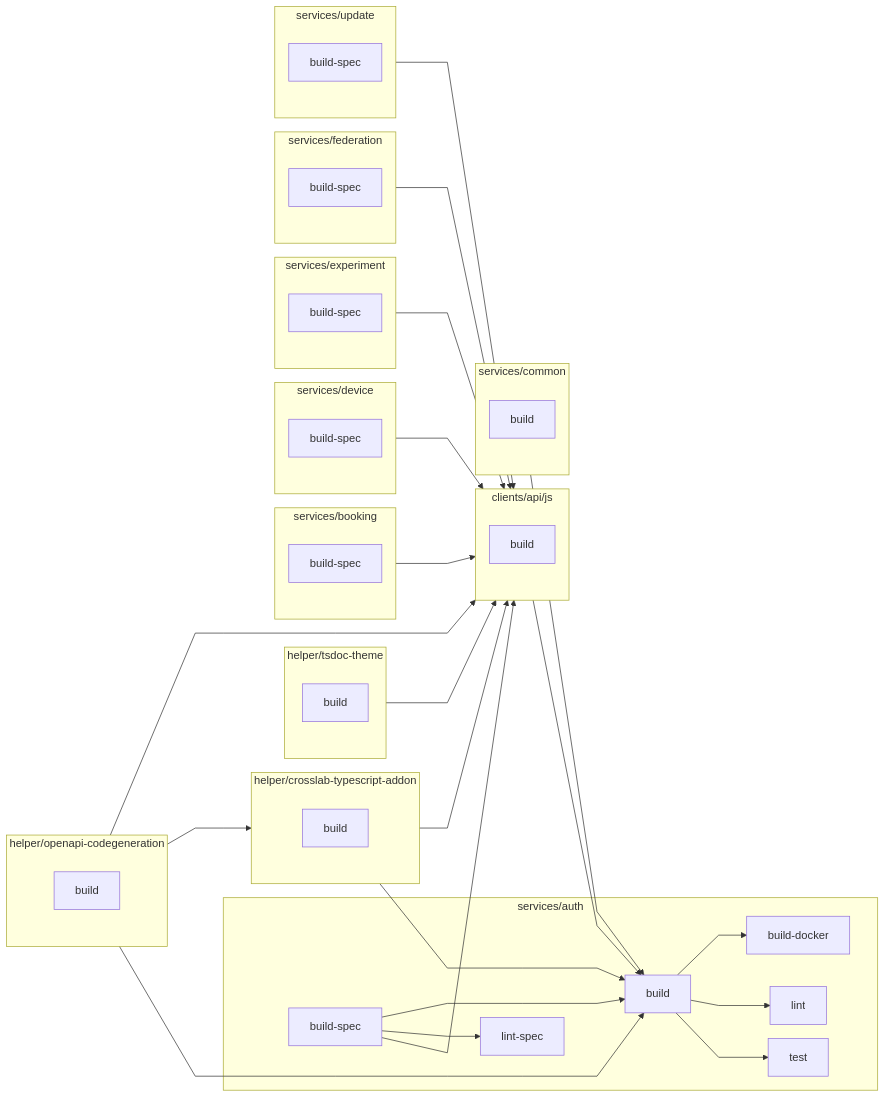
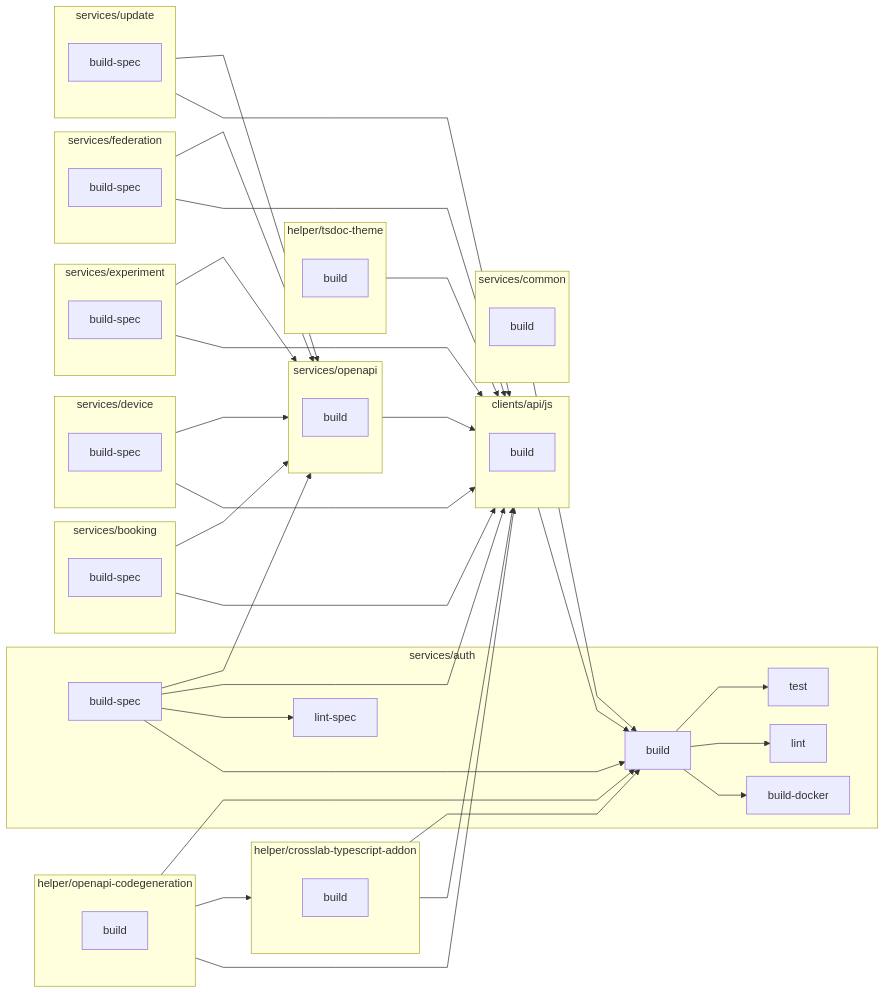
One commit to Cross-Lab-Project/crosslab changed the diagram in services/auth/README.md. Above: the diagram before and after it, drawn with Mermaid. The commit also changed 2 other files, not shown here.

Commit message:
fixing job dependencies

````diff
--- a/services/auth/README.md
+++ b/services/auth/README.md
@@ -12,61 +12,71 @@
 ```mermaid
 graph LR
 %%{init:{'flowchart':{'nodeSpacing': 20, 'rankSpacing': 80, 'curve': 'linear', 'useMaxWidth': false}}}%%
   subgraph clients/api/js
     clients/api/js:build[build]
   end
   subgraph helper/crosslab-typescript-addon
     helper/crosslab-typescript-addon:build[build]
   end
   subgraph helper/openapi-codegeneration
     helper/openapi-codegeneration:build[build]
   end
   subgraph helper/tsdoc-theme
     helper/tsdoc-theme:build[build]
   end
   subgraph services/auth
     services/auth:build[build]
     services/auth:build-docker[build-docker]
     services/auth:build-spec[build-spec]
     services/auth:lint[lint]
     services/auth:lint-spec[lint-spec]
     services/auth:test[test]
   end
   subgraph services/booking
     services/booking:build-spec[build-spec]
   end
   subgraph services/common
     services/common:build[build]
   end
   subgraph services/device
     services/device:build-spec[build-spec]
   end
   subgraph services/experiment
     services/experiment:build-spec[build-spec]
   end
   subgraph services/federation
     services/federation:build-spec[build-spec]
   end
+  subgraph services/openapi
+    services/openapi:build[build]
+  end
   subgraph services/update
     services/update:build-spec[build-spec]
   end
 clients/api/js --> services/auth:build[build]
 helper/crosslab-typescript-addon --> clients/api/js
 helper/crosslab-typescript-addon --> services/auth:build[build]
 helper/openapi-codegeneration --> clients/api/js
 helper/openapi-codegeneration --> helper/crosslab-typescript-addon
 helper/openapi-codegeneration --> services/auth:build[build]
 helper/tsdoc-theme --> clients/api/js
 services/auth:build-spec[build-spec] --> clients/api/js
 services/auth:build-spec[build-spec] --> services/auth:build[build]
 services/auth:build-spec[build-spec] --> services/auth:lint-spec[lint-spec]
+services/auth:build-spec[build-spec] --> services/openapi
 services/auth:build[build] --> services/auth:build-docker[build-docker]
 services/auth:build[build] --> services/auth:lint[lint]
 services/auth:build[build] --> services/auth:test[test]
 services/booking --> clients/api/js
+services/booking --> services/openapi
 services/common --> services/auth:build[build]
 services/device --> clients/api/js
+services/device --> services/openapi
 services/experiment --> clients/api/js
+services/experiment --> services/openapi
 services/federation --> clients/api/js
+services/federation --> services/openapi
+services/openapi --> clients/api/js
 services/update --> clients/api/js
+services/update --> services/openapi
 ```
````
